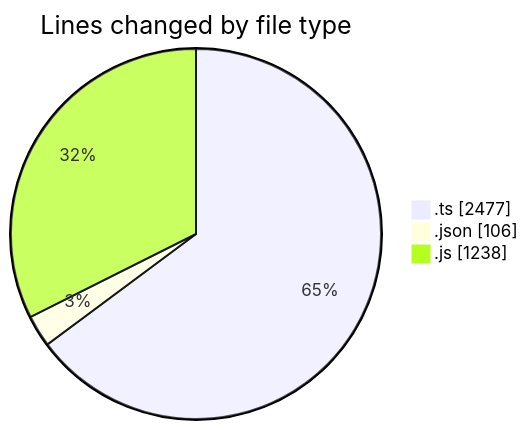
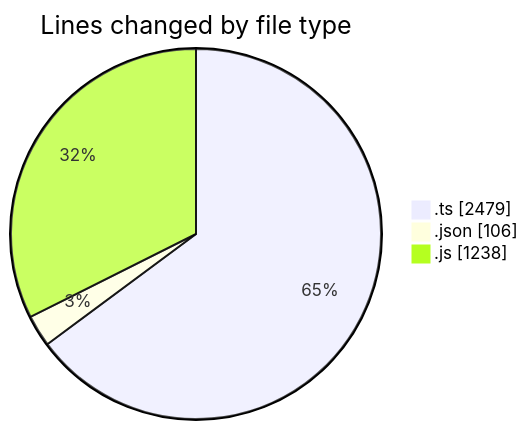
The first of 2 diagrams in 2025-07-30/cda/README.md (momahboobian/code-tracking), drawn with Mermaid before and after one commit. The commit also changed other lines of this file and 1 other file, not shown here.

````diff
--- a/2025-07-30/cda/README.md
+++ b/2025-07-30/cda/README.md
@@ -26,7 +26,7 @@
 ```mermaid
 pie showData
 title Lines changed by file type
-".ts" : 2477
+".ts" : 2479
 ".json" : 106
 ".js" : 1238
 ```
````
